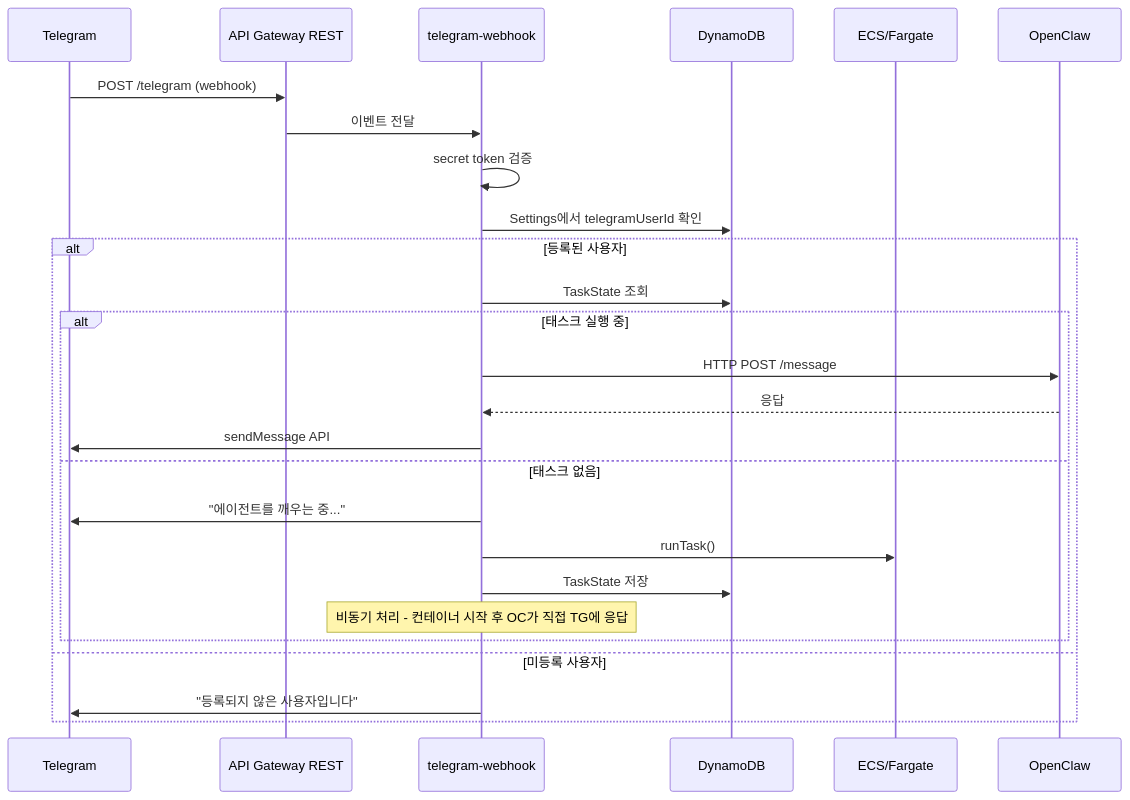
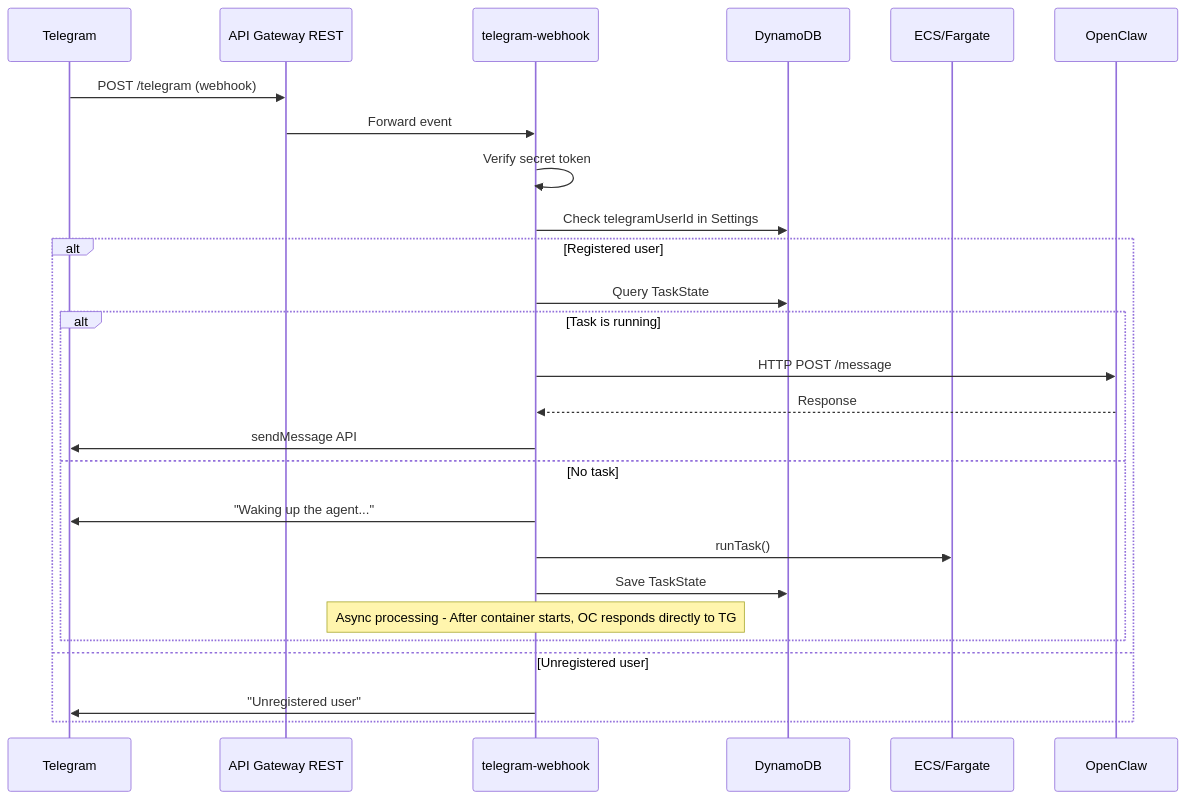
Before and after one commit to geoseong/serverless-openclaw: the fourth of 12 diagrams in docs/architecture.md, drawn with Mermaid. The commit also changed other lines of this file and 8 other files, not shown here.

````diff
--- a/docs/architecture.md
+++ b/docs/architecture.md
@@ -207,30 +207,30 @@
 ```mermaid
 sequenceDiagram
     participant TG as Telegram
     participant APIGW as API Gateway REST
     participant Lambda as telegram-webhook
     participant DDB as DynamoDB
     participant ECS as ECS/Fargate
     participant OC as OpenClaw
 
     TG->>APIGW: POST /telegram (webhook)
-    APIGW->>Lambda: 이벤트 전달
+    APIGW->>Lambda: Forward event
 
-    Lambda->>Lambda: secret token 검증
-    Lambda->>DDB: Settings에서 telegramUserId 확인
-    alt 등록된 사용자
-        Lambda->>DDB: TaskState 조회
-        alt 태스크 실행 중
+    Lambda->>Lambda: Verify secret token
+    Lambda->>DDB: Check telegramUserId in Settings
+    alt Registered user
+        Lambda->>DDB: Query TaskState
+        alt Task is running
             Lambda->>OC: HTTP POST /message
-            OC-->>Lambda: 응답
+            OC-->>Lambda: Response
             Lambda->>TG: sendMessage API
-        else 태스크 없음
-            Lambda->>TG: "에이전트를 깨우는 중..."
+        else No task
+            Lambda->>TG: "Waking up the agent..."
             Lambda->>ECS: runTask()
-            Lambda->>DDB: TaskState 저장
-            Note over Lambda: 비동기 처리 - 컨테이너 시작 후 OC가 직접 TG에 응답
+            Lambda->>DDB: Save TaskState
+            Note over Lambda: Async processing - After container starts, OC responds directly to TG
         end
-    else 미등록 사용자
-        Lambda->>TG: "등록되지 않은 사용자입니다"
+    else Unregistered user
+        Lambda->>TG: "Unregistered user"
     end
 ```
````
